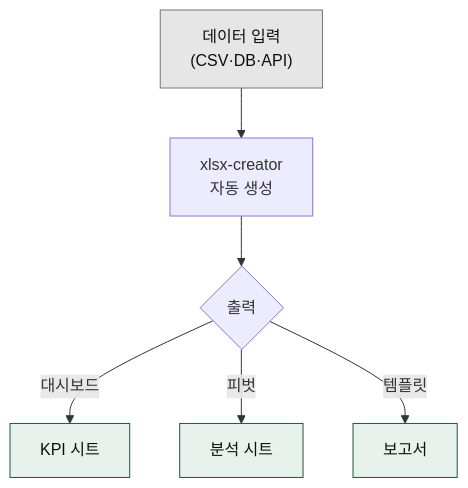
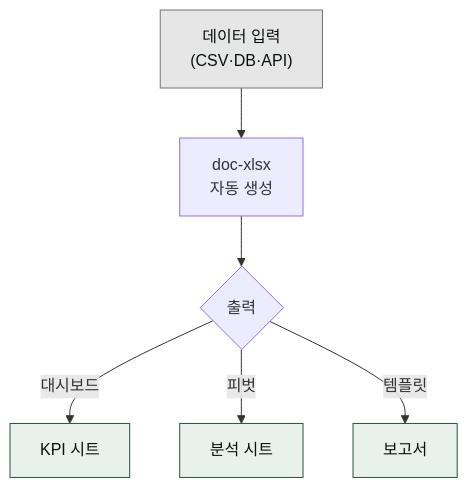
One commit to modu-ai/cowork-plugins changed the diagram in www/content/cookbook/templates/excel.md. Above: the diagram before and after it, drawn with Mermaid. The commit also changed other lines of this file and 45 other files, not shown here.

First line of the commit message:
docs(www): 스킬명 정합 + 깨진 링크 수정 + mermaid 보강

````diff
--- a/www/content/cookbook/templates/excel.md
+++ b/www/content/cookbook/templates/excel.md
@@ -11,13 +11,13 @@
 ```mermaid
 flowchart TD
-   A["데이터 입력<br/>(CSV·DB·API)"] --> B["xlsx-creator<br/>자동 생성"]
+   A["데이터 입력<br/>(CSV·DB·API)"] --> B["doc-xlsx<br/>자동 생성"]
    B --> C{"출력"}
    C -- "대시보드" --> D["KPI 시트"]
    C -- "피벗" --> E["분석 시트"]
    C -- "템플릿" --> F["보고서"]
 
    style A fill:#e6e6e6,stroke:#757575,color:#09110f
    style D fill:#e8f1ec,stroke:#265240,color:#09110f
    style E fill:#e8f1ec,stroke:#265240,color:#09110f
    style F fill:#e8f1ec,stroke:#265240,color:#09110f
 ```
````
